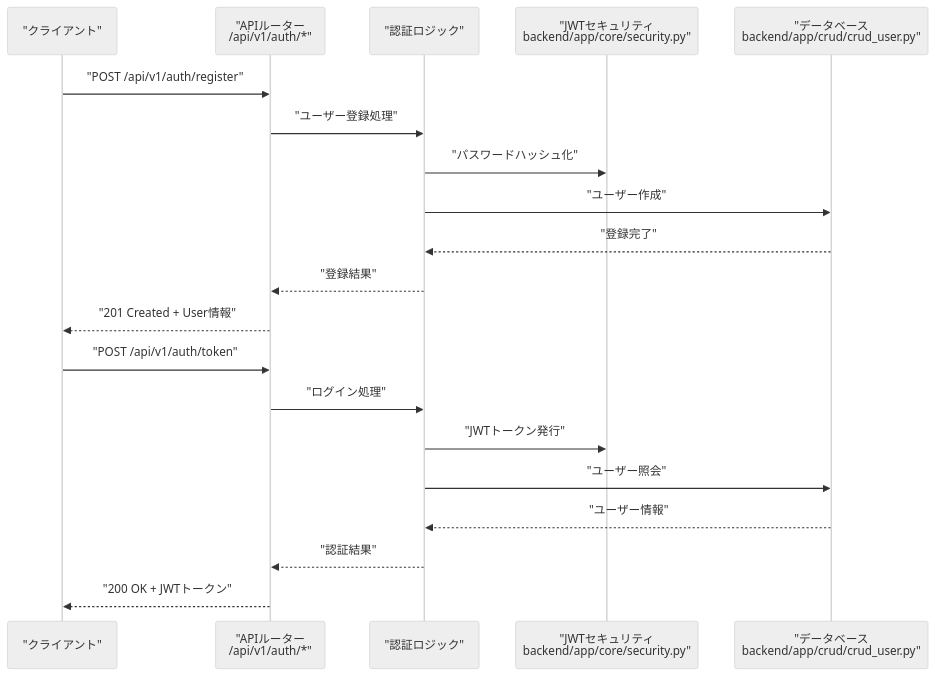
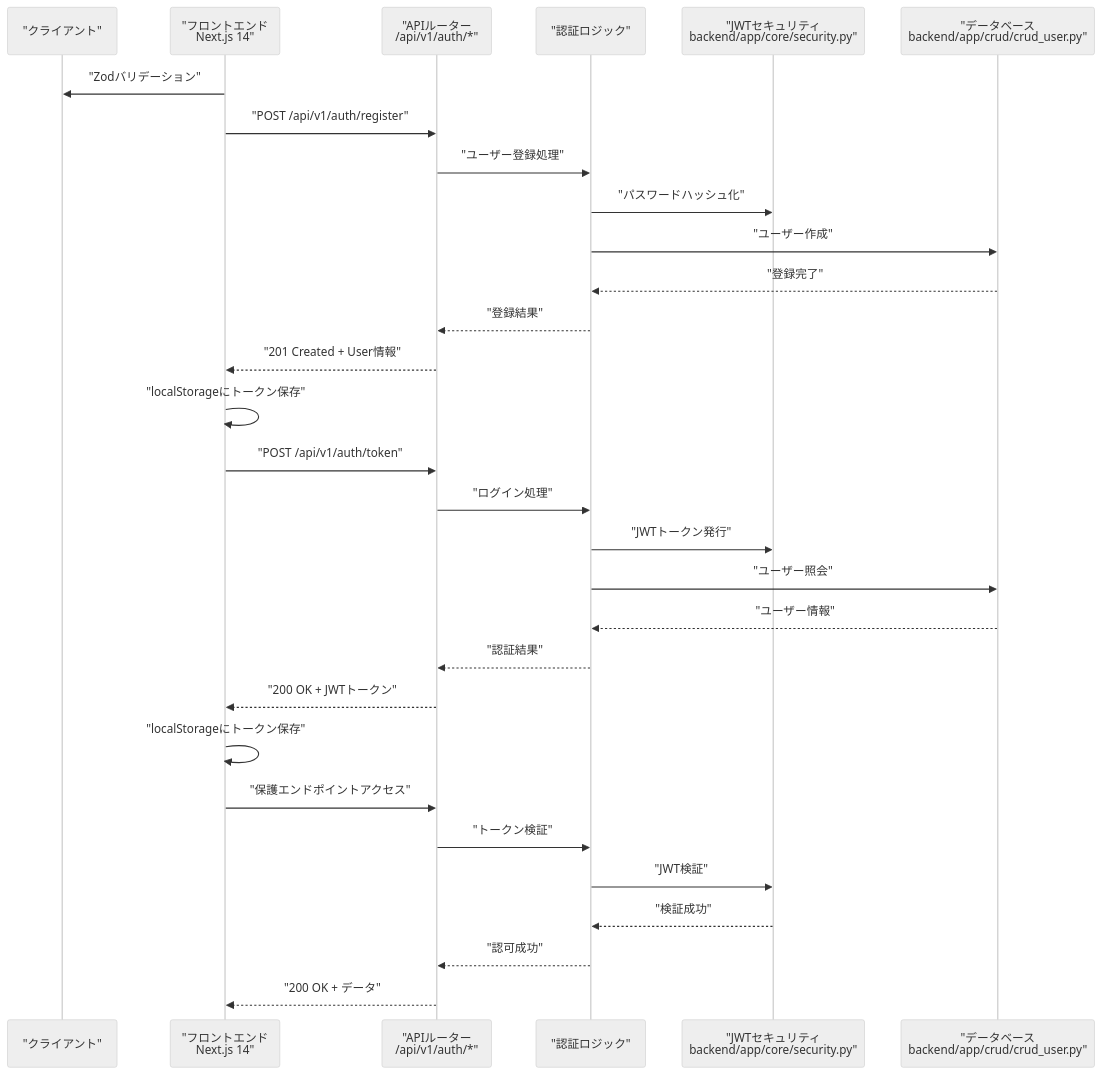
Before and after one commit to ss8806/Todos: the second of 3 diagrams in .qoder/repowiki/ja/content/APIリファレンス/認証API.md, drawn with Mermaid (neutral theme). The commit also changed other lines of this file and 3 other files, not shown here.

````diff
--- a/.qoder/repowiki/ja/content/APIリファレンス/認証API.md
+++ b/.qoder/repowiki/ja/content/APIリファレンス/認証API.md
@@ -116,22 +145,32 @@
 ```mermaid
 sequenceDiagram
 participant Client as "クライアント"
+participant Frontend as "フロントエンド<br/>Next.js 14"
 participant API as "APIルーター<br/>/api/v1/auth/*"
 participant Auth as "認証ロジック"
 participant Security as "JWTセキュリティ<br/>backend/app/core/security.py"
 participant DB as "データベース<br/>backend/app/crud/crud_user.py"
-Client->>API : "POST /api/v1/auth/register"
+Frontend->>Client : "Zodバリデーション"
+Frontend->>API : "POST /api/v1/auth/register"
 API->>Auth : "ユーザー登録処理"
 Auth->>Security : "パスワードハッシュ化"
 Auth->>DB : "ユーザー作成"
 DB-->>Auth : "登録完了"
 Auth-->>API : "登録結果"
-API-->>Client : "201 Created + User情報"
-Client->>API : "POST /api/v1/auth/token"
+API-->>Frontend : "201 Created + User情報"
+Frontend->>Frontend : "localStorageにトークン保存"
+Frontend->>API : "POST /api/v1/auth/token"
 API->>Auth : "ログイン処理"
 Auth->>Security : "JWTトークン発行"
 Auth->>DB : "ユーザー照会"
 DB-->>Auth : "ユーザー情報"
 Auth-->>API : "認証結果"
-API-->>Client : "200 OK + JWTトークン"
+API-->>Frontend : "200 OK + JWTトークン"
+Frontend->>Frontend : "localStorageにトークン保存"
+Frontend->>API : "保護エンドポイントアクセス"
+API->>Auth : "トークン検証"
+Auth->>Security : "JWT検証"
+Security-->>Auth : "検証成功"
+Auth-->>API : "認可成功"
+API-->>Frontend : "200 OK + データ"
 ```
````
